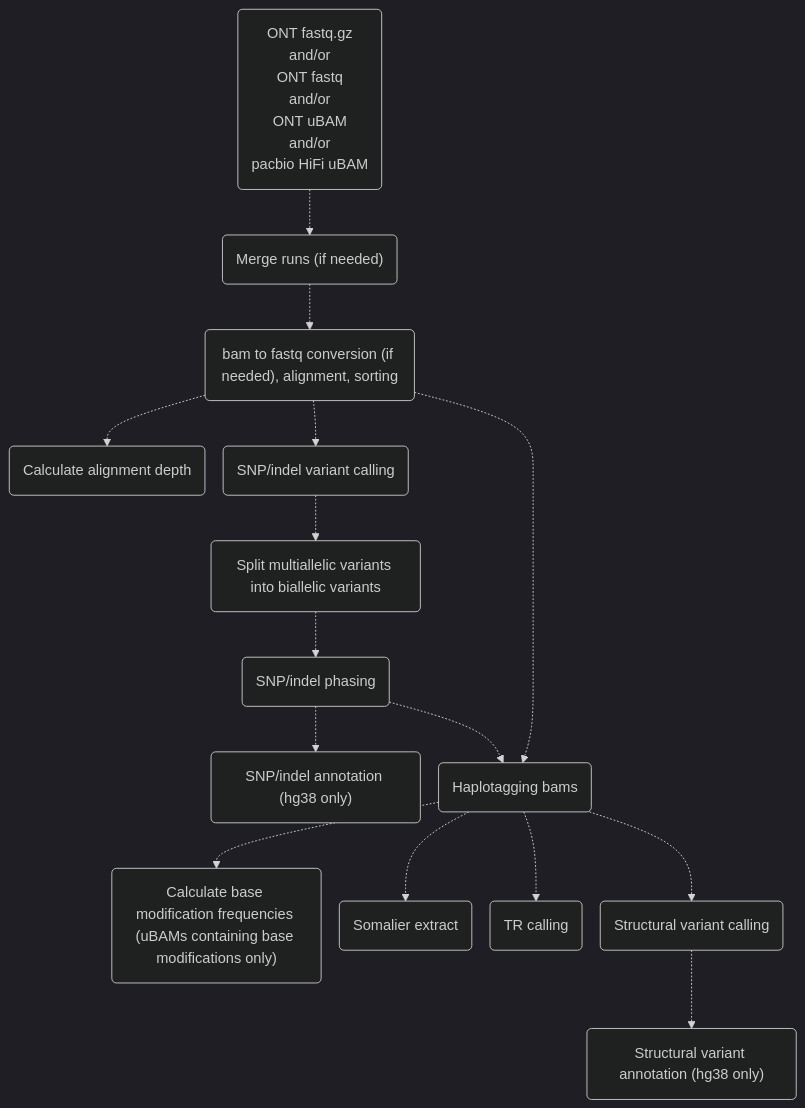
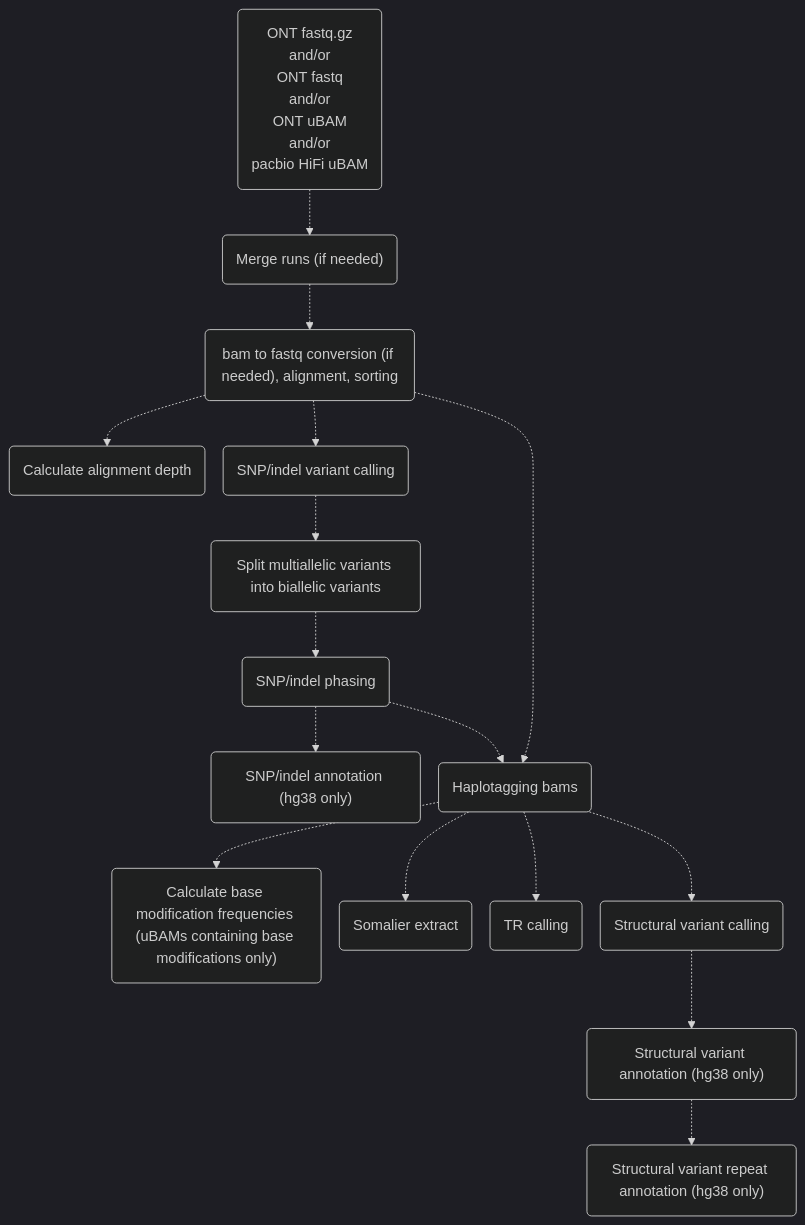
The first of 3 diagrams in docs/pipeface/info.md (leahkemp/pipeface), drawn with Mermaid before and after one commit. The commit also changed other lines of this file and 11 other files, not shown here.

Commit message:
add SVscanner SV repeat annotation after VEP in pipeface and popface

````diff
--- a/docs/pipeface/info.md
+++ b/docs/pipeface/info.md
@@ -7,29 +7,30 @@
 ```mermaid
 %%{init:{'theme':'dark','themeVariables':{'fontSize':'11'},'flowchart':{'nodeSpacing':20}}}%%
 flowchart TB
 
 input_data("ONT fastq.gz <br> and/or <br> ONT fastq <br> and/or <br> ONT uBAM <br> and/or <br> pacbio HiFi uBAM")
 merging("Merge runs (if needed)")
 alignment("bam to fastq conversion (if needed), alignment, sorting")
 depth("Calculate alignment depth")
 snp_indel_calling("SNP/indel variant calling")
 split_multiallele("Split multiallelic variants into biallelic variants")
 snp_indel_phasing("SNP/indel phasing")
 snp_indel_annotation("SNP/indel annotation (hg38 only)")
 haplotagging("Haplotagging bams")
 calculate_base_mod_freqs("Calculate base modification frequencies (uBAMs containing base modifications only)")
 somalier("Somalier extract")
 tr_calling("TR calling")
 sv_calling("Structural variant calling")
 sv_annotation("Structural variant annotation (hg38 only)")
+sv_repeat_annotation("Structural variant repeat annotation (hg38 only)")
 
 input_data-.->merging-.->alignment-.->snp_indel_calling-.->split_multiallele-.->snp_indel_phasing-.->haplotagging-.->sv_calling
 alignment-.->depth
 alignment-.->haplotagging
 haplotagging-.->calculate_base_mod_freqs
 haplotagging-.->somalier
 haplotagging-.->tr_calling
 snp_indel_phasing-.->snp_indel_annotation
-sv_calling-.->sv_annotation
+sv_calling-.->sv_annotation-.->sv_repeat_annotation
 
 ```
````
